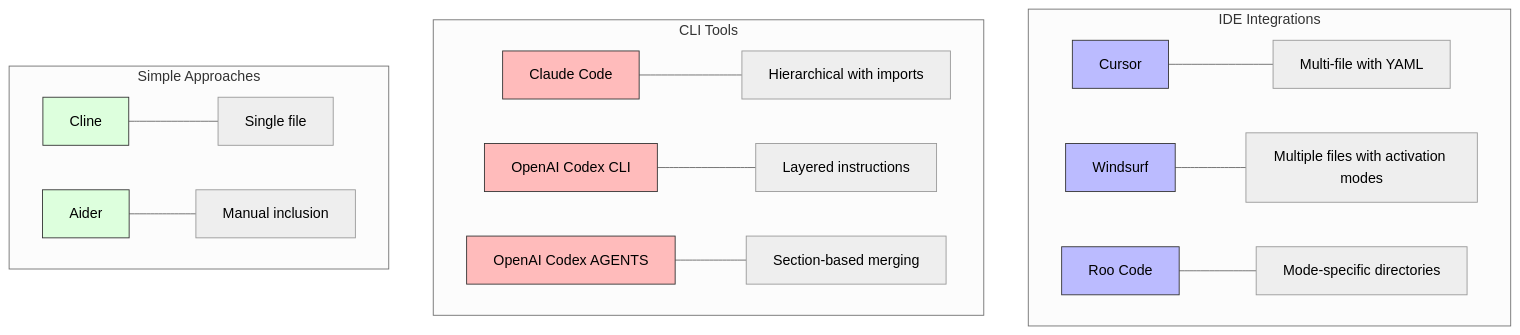
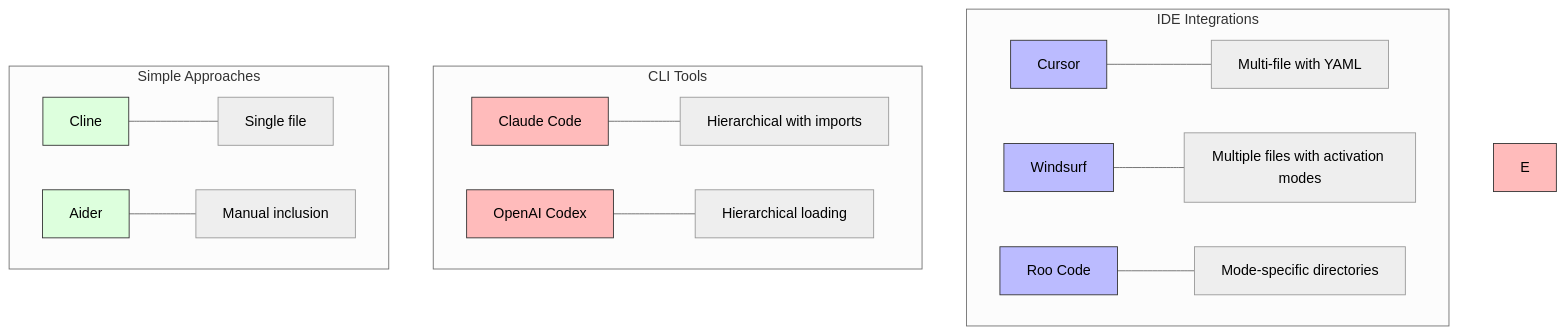
The sixth of 6 diagrams in docs/rules-overview.md (outfitter-dev/rulesets), drawn with Mermaid (neutral theme) before and after one commit. The commit also changed other lines of this file and 7 other files, not shown here.

First line of the commit message:
feat: consolidate OpenAI Codex CLI and AGENTS into unified OpenAI Codex provider

````diff
--- a/docs/rules-overview.md
+++ b/docs/rules-overview.md
@@ -208,28 +205,27 @@
 ```mermaid
 graph TB
     subgraph "IDE Integrations"
         A[Cursor] --- A1[Multi-file with YAML]
         B[Windsurf] --- B1[Multiple files with activation modes]
         C[Roo Code] --- C1[Mode-specific directories]
     end
 
     subgraph "CLI Tools"
         D[Claude Code] --- D1[Hierarchical with imports]
-        E[OpenAI Codex CLI] --- E1[Layered instructions]
-        H[OpenAI Codex AGENTS] --- H1[Section-based merging]
+        H[OpenAI Codex] --- H1[Hierarchical loading]
     end
 
     subgraph "Simple Approaches"
         F[Cline] --- F1[Single file]
         G[Aider] --- G1[Manual inclusion]
     end
 
     style A fill:#bbf,stroke:#333
     style B fill:#bbf,stroke:#333
     style C fill:#bbf,stroke:#333
     style D fill:#fbb,stroke:#333
     style E fill:#fbb,stroke:#333
     style H fill:#fbb,stroke:#333
     style F fill:#dfd,stroke:#333
     style G fill:#dfd,stroke:#333
 ```
````
